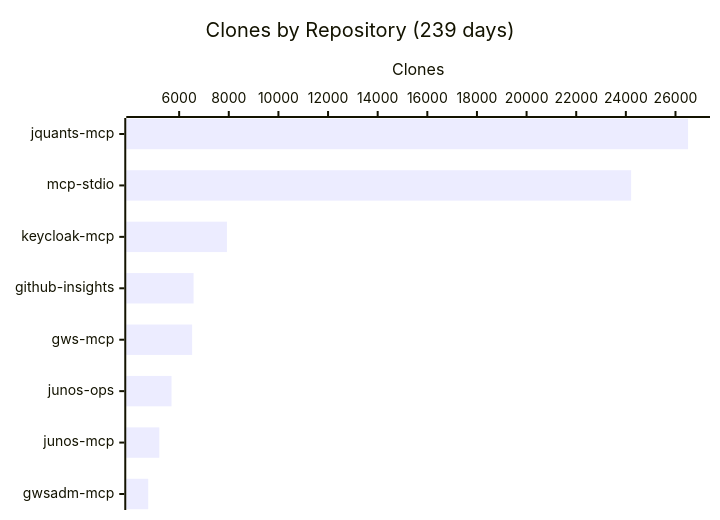
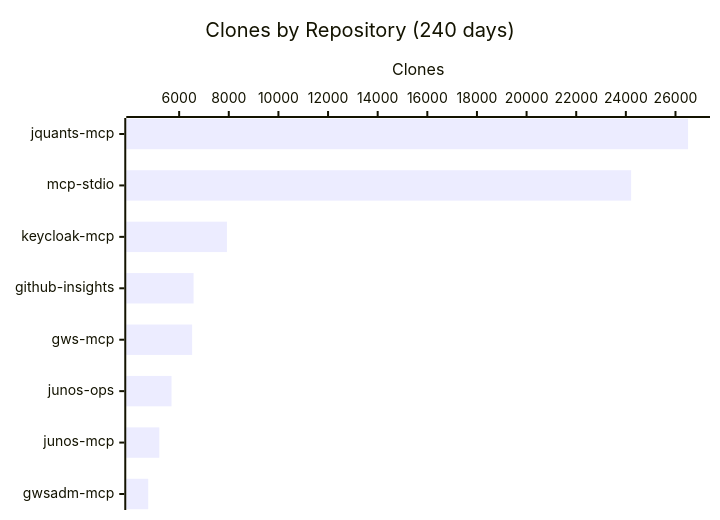
One commit to shigechika/github-insights changed the fourth of 4 diagrams in README.md. Above: the diagram before and after it, drawn with Mermaid. The commit also changed other lines of this file and 1 other file, not shown here.

````diff
--- a/README.md
+++ b/README.md
@@ -58,7 +58,7 @@
 ```mermaid
 xychart-beta horizontal
-    title "Clones by Repository (239 days)"
+    title "Clones by Repository (240 days)"
     x-axis ["jquants-mcp", "mcp-stdio", "keycloak-mcp", "github-insights", "gws-mcp", "junos-ops", "junos-mcp", "gwsadm-mcp"]
     y-axis "Clones"
     bar [26507, 24213, 7926, 6581, 6523, 5692, 5200, 4753]
 ```
````
